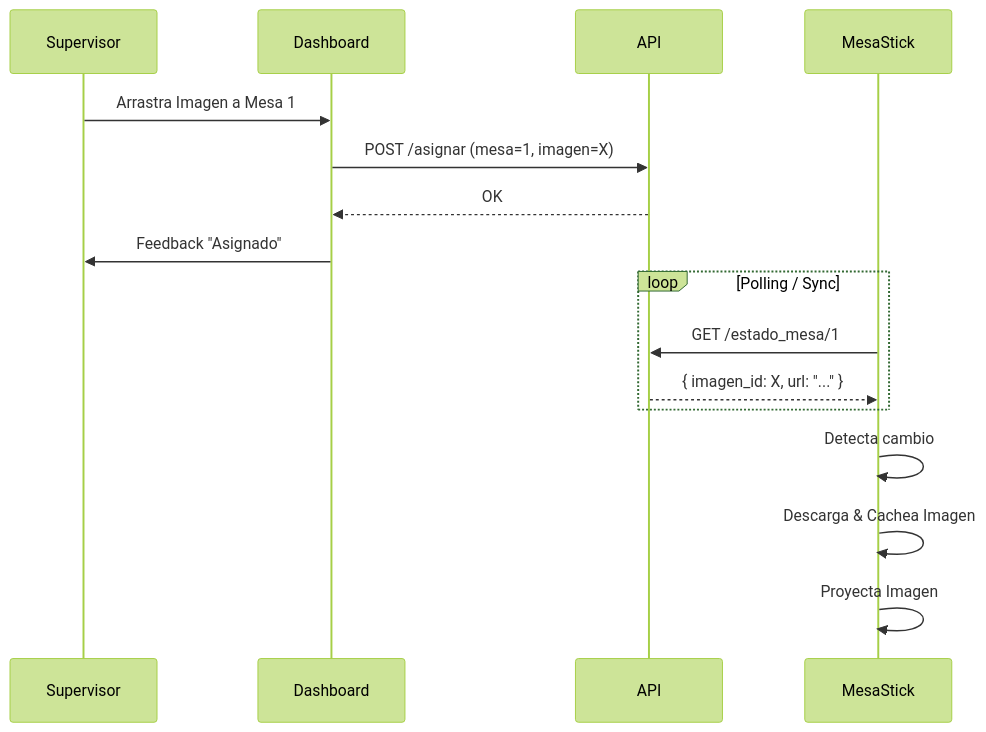
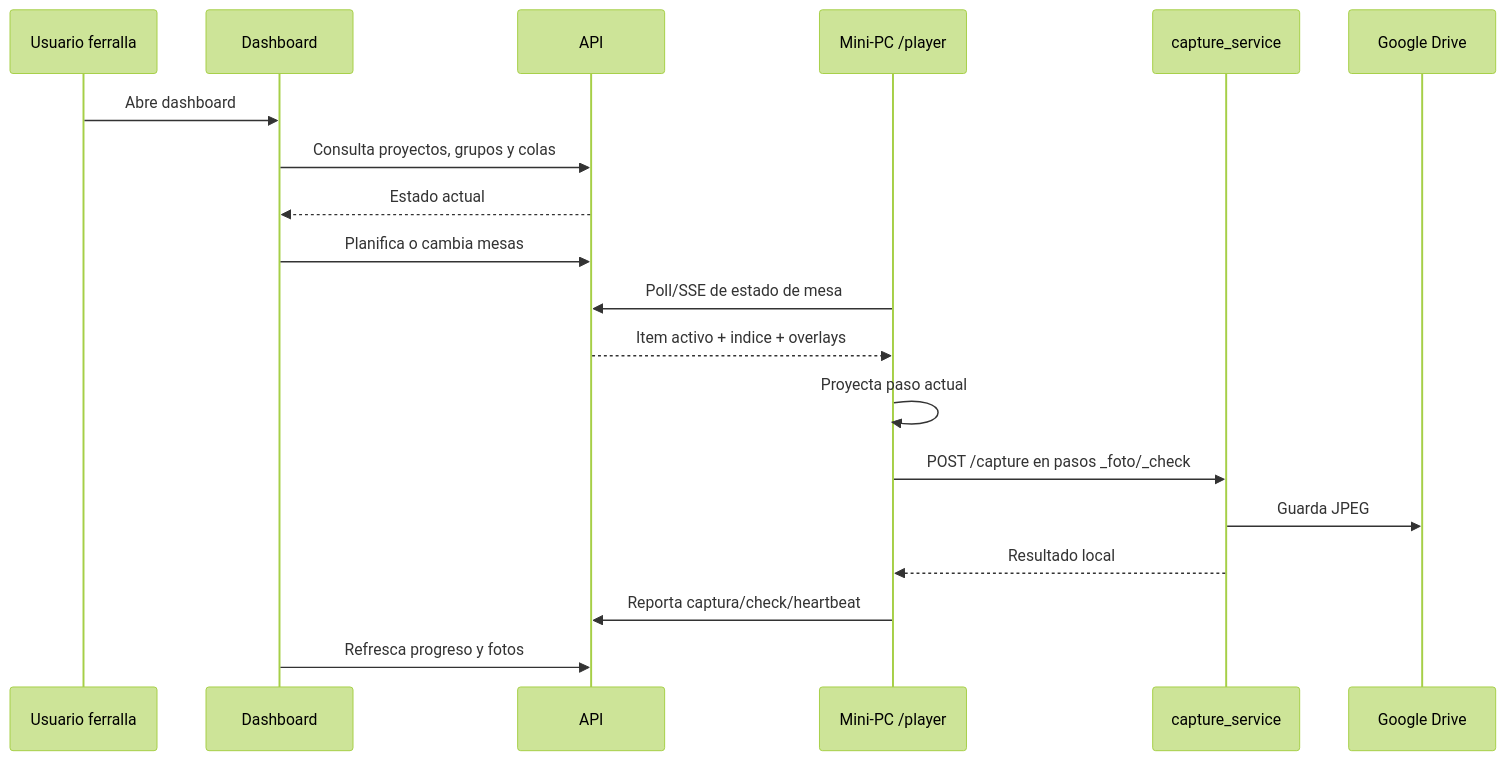
The diagram in docs/03_pages_and_flow.md (LeyanisModen/Projection_Platform), drawn with Mermaid (forest theme) before and after one commit. The commit also changed other lines of this file and 6 other files, not shown here.

Commit message:
Refresh architecture and flow docs

````diff
--- a/docs/03_pages_and_flow.md
+++ b/docs/03_pages_and_flow.md
@@ -42,21 +45,22 @@
 ```mermaid
 sequenceDiagram
-    participant Supervisor
+    participant Ferralla as Usuario ferralla
     participant Dashboard
     participant API
-    participant MesaStick
+    participant Player as Mini-PC /player
+    participant Capture as capture_service
+    participant Drive as Google Drive
 
-    Supervisor->>Dashboard: Arrastra Imagen a Mesa 1
-    Dashboard->>API: POST /asignar (mesa=1, imagen=X)
-    API-->>Dashboard: OK
-    Dashboard->>Supervisor: Feedback "Asignado"
-    
-    loop Polling / Sync
-        MesaStick->>API: GET /estado_mesa/1
-        API-->>MesaStick: { imagen_id: X, url: "..." }
-    end
-    
-    MesaStick->>MesaStick: Detecta cambio
-    MesaStick->>MesaStick: Descarga & Cachea Imagen
-    MesaStick->>MesaStick: Proyecta Imagen
+    Ferralla->>Dashboard: Abre dashboard
+    Dashboard->>API: Consulta proyectos, grupos y colas
+    API-->>Dashboard: Estado actual
+    Dashboard->>API: Planifica o cambia mesas
+    Player->>API: Poll/SSE de estado de mesa
+    API-->>Player: Item activo + indice + overlays
+    Player->>Player: Proyecta paso actual
+    Player->>Capture: POST /capture en pasos _foto/_check
+    Capture->>Drive: Guarda JPEG
+    Capture-->>Player: Resultado local
+    Player->>API: Reporta captura/check/heartbeat
+    Dashboard->>API: Refresca progreso y fotos
 ```
````
